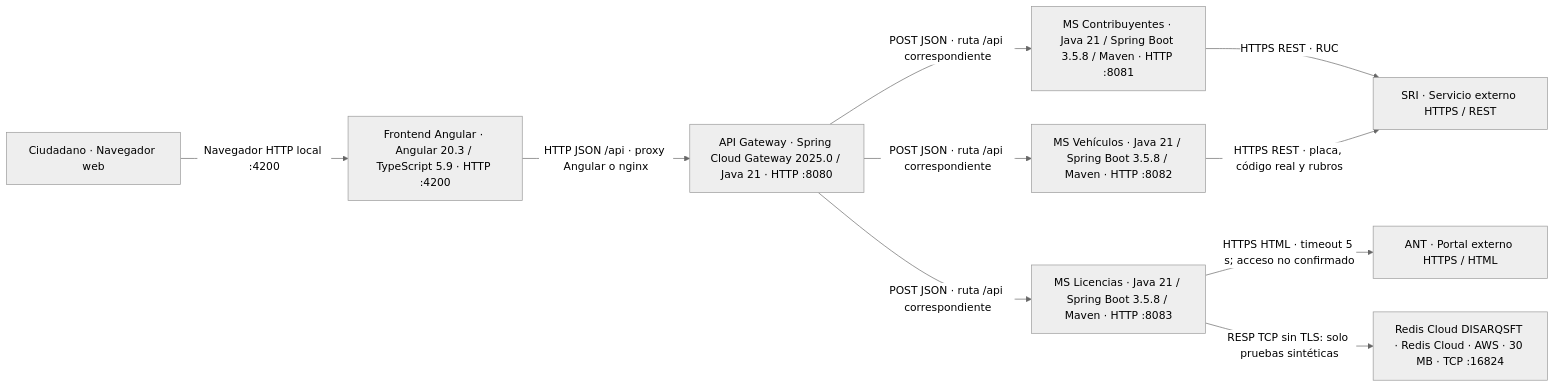
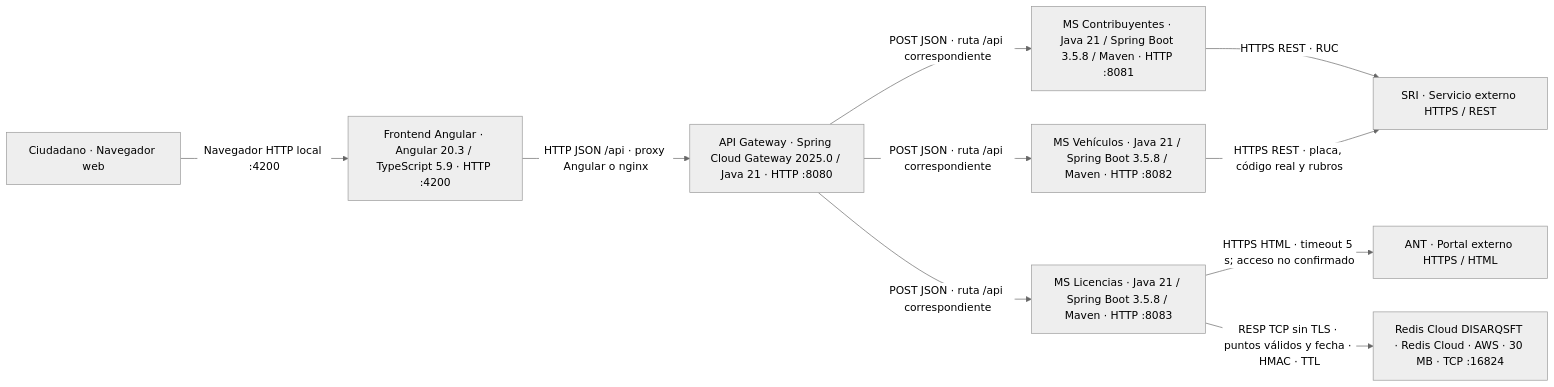
The second of 5 diagrams in docs/arquitectura/diagramas.md (JosueRamses/Arquitectura-C4), drawn with Mermaid (neutral theme) before and after one commit. The commit also changed other lines of this file and 10 other files, not shown here.

````diff
--- a/docs/arquitectura/diagramas.md
+++ b/docs/arquitectura/diagramas.md
@@ -16,21 +16,21 @@
 ```mermaid
 flowchart LR
   user["Ciudadano · Navegador web"]
   sri["SRI · Servicio externo HTTPS / REST"]
   ant["ANT · Portal externo HTTPS / HTML"]
   web["Frontend Angular · Angular 20.3 / TypeScript 5.9 · HTTP :4200"]
   gateway["API Gateway · Spring Cloud Gateway 2025.0 / Java 21 · HTTP :8080"]
   tax["MS Contribuyentes · Java 21 / Spring Boot 3.5.8 / Maven · HTTP :8081"]
   car["MS Vehículos · Java 21 / Spring Boot 3.5.8 / Maven · HTTP :8082"]
   lic["MS Licencias · Java 21 / Spring Boot 3.5.8 / Maven · HTTP :8083"]
   redis["Redis Cloud DISARQSFT · Redis Cloud · AWS · 30 MB · TCP :16824"]
   gateway -->|"POST JSON · ruta /api correspondiente"| tax
   gateway -->|"POST JSON · ruta /api correspondiente"| car
   gateway -->|"POST JSON · ruta /api correspondiente"| lic
   user -->|"Navegador HTTP local :4200"| web
   web -->|"HTTP JSON /api · proxy Angular o nginx"| gateway
   tax -->|"HTTPS REST · RUC"| sri
   car -->|"HTTPS REST · placa, código real y rubros"| sri
   lic -->|"HTTPS HTML · timeout 5 s; acceso no confirmado"| ant
-  lic -->|"RESP TCP sin TLS: solo pruebas sintéticas"| redis
+  lic -->|"RESP TCP sin TLS · puntos válidos y fecha · HMAC · TTL"| redis
 ```
````
